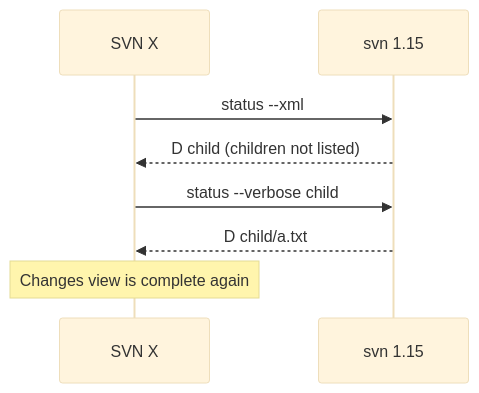
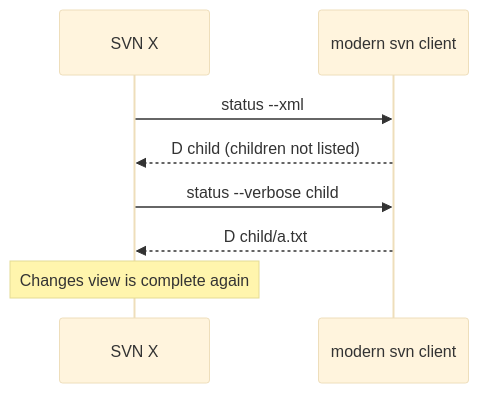
Before and after one commit to OussamaSiharde/svn-x: the second of 2 diagrams in README.md, drawn with Mermaid (base theme). The commit also changed other lines of this file and 7 other files, not shown here.

````diff
--- a/README.md
+++ b/README.md
@@ -49,10 +49,10 @@
 ```mermaid
 sequenceDiagram
     participant P as SVN X
-    participant S as svn 1.15
+    participant S as modern svn client
     P->>S: status --xml
     S-->>P: D child (children not listed)
     P->>S: status --verbose child
     S-->>P: D child/a.txt
     Note over P: Changes view is complete again
 ```
````
